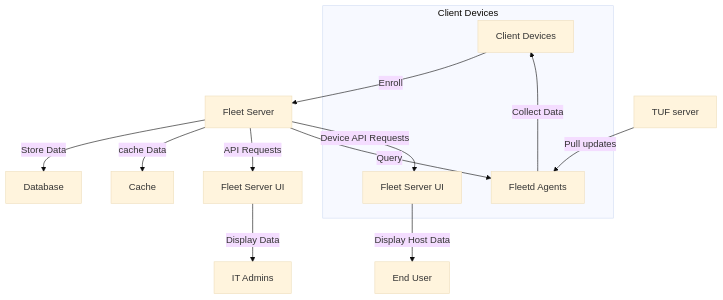
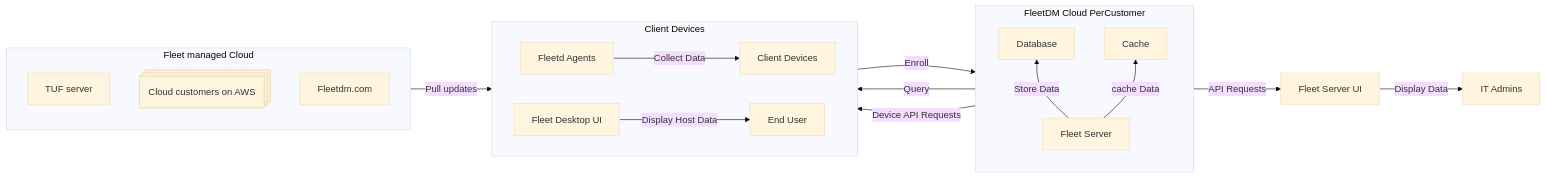
The diagram in docs/Contributing/system_design/README.md (fleetdm/fleet), drawn with Mermaid (base theme) before and after one commit. The commit also changed other lines of this file and 8 other files, not shown here.

````diff
--- a/docs/Contributing/system_design/README.md
+++ b/docs/Contributing/system_design/README.md
@@ -13,19 +14,33 @@
 ```mermaid
-graph TD
+graph LR
+    subgraph backend [FleetDM Cloud PerCustomer]
+        direction BT
+        B[Fleet Server]
+        C[Database]
+        R[Cache]
+    end
+    subgraph Fleet managed Cloud
+        direction TB
+        I[TUF server]
+        J@{ shape: processes, label: "Cloud customers on AWS" }
+        K[Fleetdm.com]
+    end
     subgraph Client Devices
+        direction LR
         A[Client Devices]
         D[Fleetd Agents]
-        G[Fleet Desktop UI]
+        L[Fleet Desktop UI]
+        H[End User]
     end
 
-    A -->|Enroll| B[Fleet Server]
+    A -->|Enroll| B
     B -->|Store Data| C[Database]
     B -->|cache Data| R[Cache]
     B -->|Query| D
     D -->|Collect Data| A
     B -->|API Requests| E[Fleet Server UI]
     E -->|Display Data| F[IT Admins]
-    B -->|Device API Requests| G[Fleet Server UI]
-    G -->|Display Host Data| H[End User]
+    B -->|Device API Requests| L
+    L -->|Display Host Data| H
     I[TUF server] -->|Pull updates| D
 ```
````
